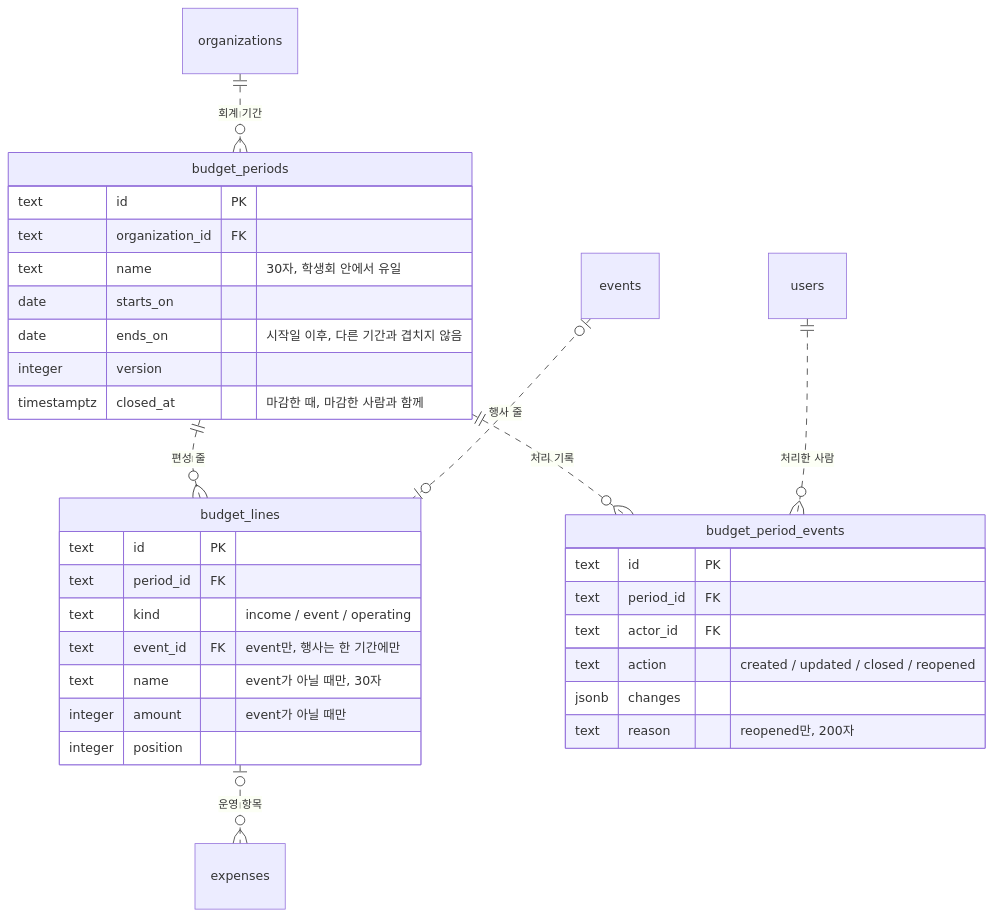
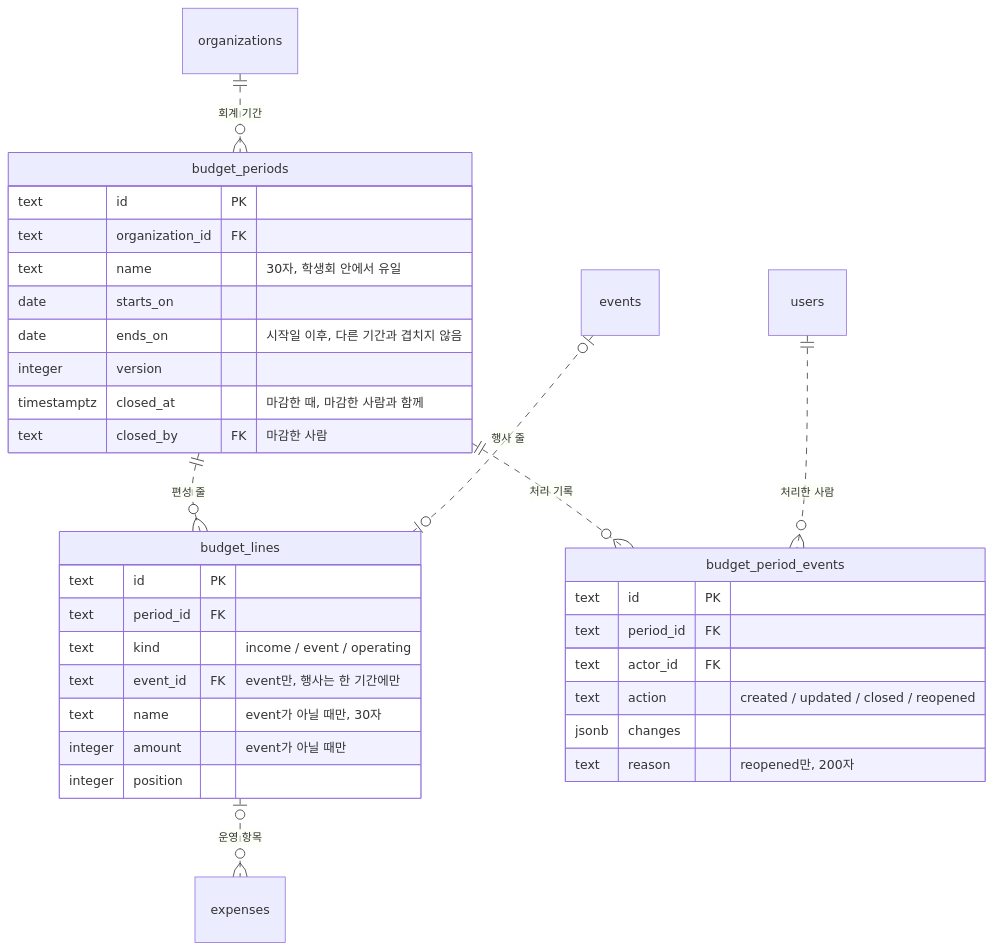
Before and after one commit to vada-hq/vada: the fifth of 7 diagrams in docs/ERD.md, drawn with Mermaid. The commit also changed other lines of this file and 2 other files, not shown here.

Commit message:
정산 다시 열기에 예산 잠금 더하고 마감 테스트 보강

````diff
--- a/docs/ERD.md
+++ b/docs/ERD.md
@@ -312,36 +312,37 @@
 ```mermaid
 erDiagram
     organizations ||..o{ budgetPeriods : "회계 기간"
     budgetPeriods ||..o{ budgetLines : "편성 줄"
     events |o..o| budgetLines : "행사 줄"
     budgetLines |o..o{ expenses : "운영 항목"
     budgetPeriods ||..o{ budgetPeriodEvents : "처리 기록"
     users ||..o{ budgetPeriodEvents : "처리한 사람"
 
     budgetPeriods["budget_periods"] {
         text id PK
         text organization_id FK
         text name "30자, 학생회 안에서 유일"
         date starts_on
         date ends_on "시작일 이후, 다른 기간과 겹치지 않음"
         integer version
         timestamptz closed_at "마감한 때, 마감한 사람과 함께"
+        text closed_by FK "마감한 사람"
     }
     budgetLines["budget_lines"] {
         text id PK
         text period_id FK
         text kind "income / event / operating"
         text event_id FK "event만, 행사는 한 기간에만"
         text name "event가 아닐 때만, 30자"
         integer amount "event가 아닐 때만"
         integer position
     }
     budgetPeriodEvents["budget_period_events"] {
         text id PK
         text period_id FK
         text actor_id FK
         text action "created / updated / closed / reopened"
         jsonb changes
         text reason "reopened만, 200자"
     }
 ```
````
